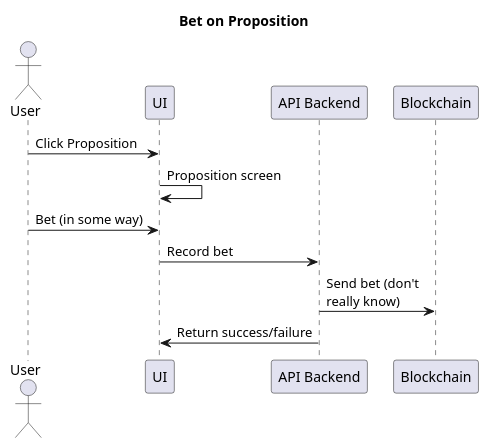
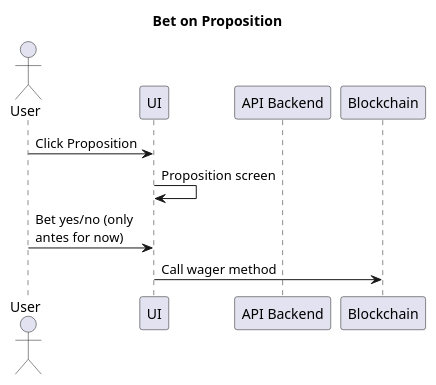
Before and after one commit to adhurjaty/prediction-app: the diagram in Diagrams/UserStories/bet_on_proposition.puml, drawn with PlantUML. The commit also changed 6 other files, not shown here.

```diff
--- a/Diagrams/UserStories/bet_on_proposition.puml
+++ b/Diagrams/UserStories/bet_on_proposition.puml
@@ -1,17 +1,15 @@
 @startuml Bet on Proposition
 
 title Bet on Proposition
 
 actor User as user
 participant UI as ui
 participant "API Backend" as api
 participant Blockchain as bc
 
 user -> ui : Click Proposition
 ui -> ui : Proposition screen
-user -> ui : Bet (in some way)
-ui -> api : Record bet
-api -> bc : Send bet (don't\nreally know)
-api -> ui : Return success/failure
+user -> ui : Bet yes/no (only\nantes for now)
+ui -> bc : Call wager method
 
 @enduml
```
